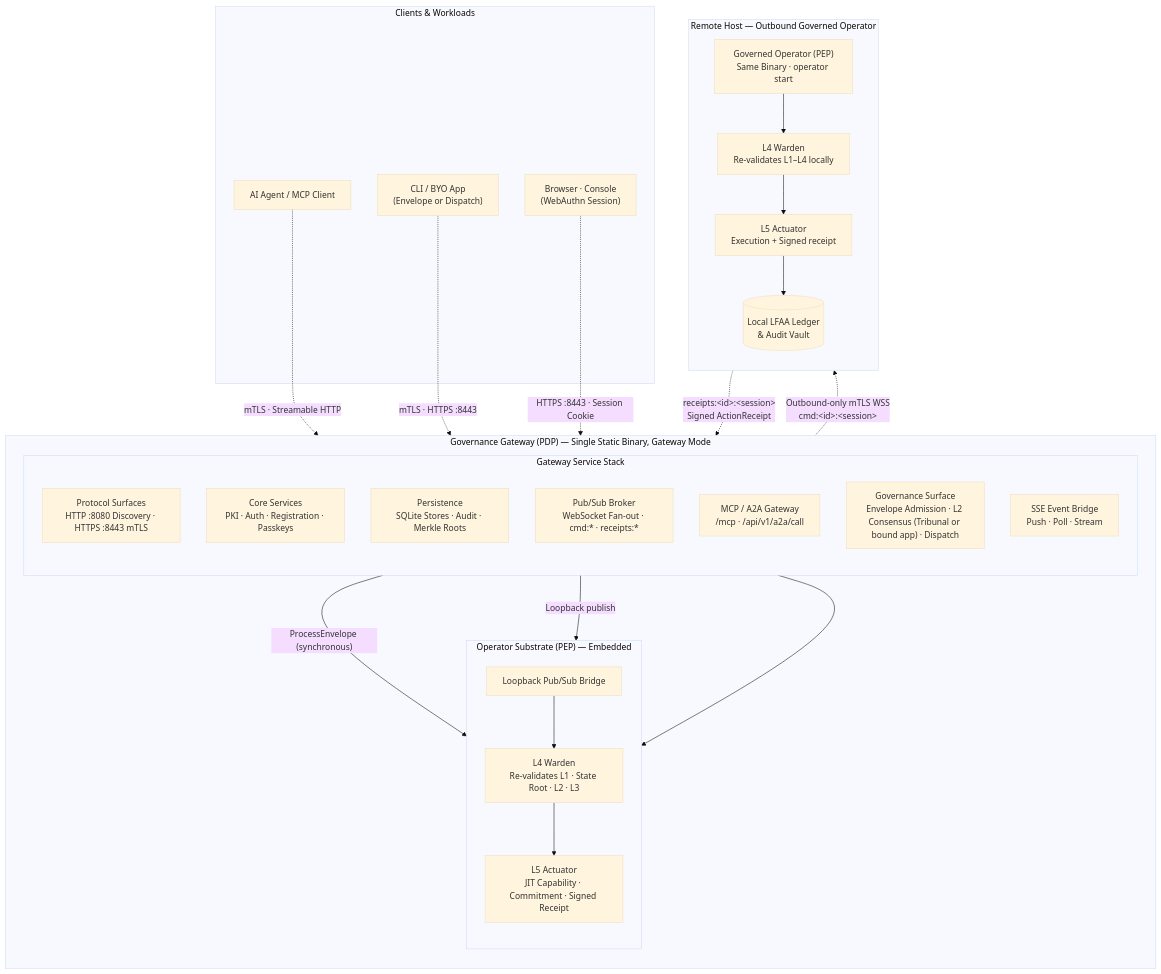
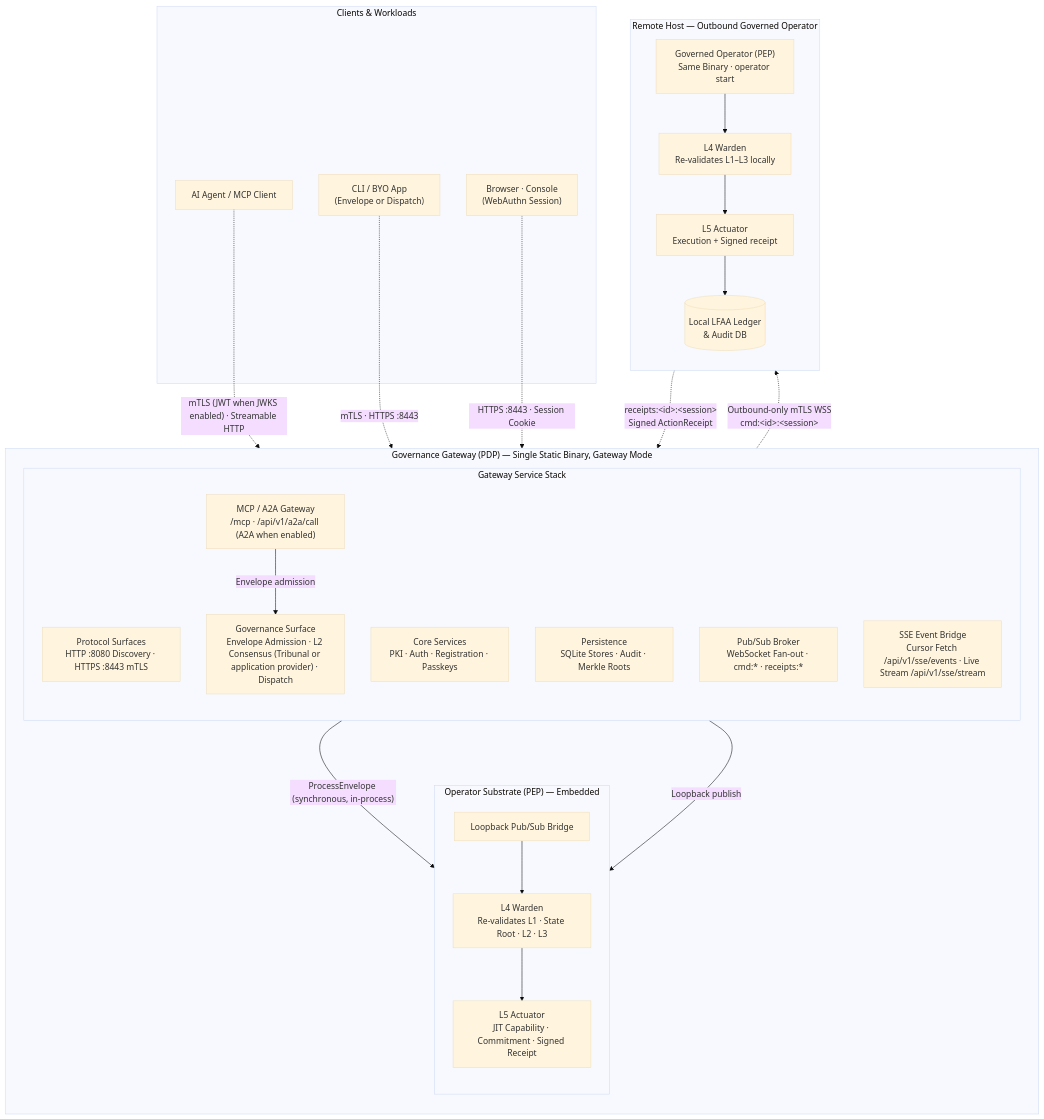
Before and after one commit to zerotrustdata/ztd: the diagram in docs/diagrams/graph-system-50k.md, drawn with Mermaid (base theme). The commit also changed other lines of this file and 641 other files, not shown here.

First line of the commit message:
v1.3.0-2 : Tribunal Consensus and Governed Execution (#76)

````diff
--- a/docs/diagrams/graph-system-50k.md
+++ b/docs/diagrams/graph-system-50k.md
@@ -30,51 +30,51 @@
 ```mermaid
 graph TD
     subgraph GatewayProcess ["Governance Gateway (PDP) — Single Static Binary, Gateway Mode"]
         direction TB
 
         subgraph GWStack ["Gateway Service Stack"]
             direction TB
             Surfaces["Protocol Surfaces<br/>HTTP :8080 Discovery · HTTPS :8443 mTLS"]
             Services["Core Services<br/>PKI · Auth · Registration · Passkeys"]
             Persistence["Persistence<br/>SQLite Stores · Audit · Merkle Roots"]
             Broker["Pub/Sub Broker<br/>WebSocket Fan-out · cmd:* · receipts:*"]
-            MCP["MCP / A2A Gateway<br/>/mcp · /api/v1/a2a/call"]
-            Gov["Governance Surface<br/>Envelope Admission · L2 Consensus (Tribunal or bound app) · Dispatch"]
-            SSE["SSE Event Bridge<br/>Push · Poll · Stream"]
+            MCP["MCP / A2A Gateway<br/>/mcp · /api/v1/a2a/call (A2A when enabled)"]
+            Gov["Governance Surface<br/>Envelope Admission · L2 Consensus (Tribunal or application provider) · Dispatch"]
+            SSE["SSE Event Bridge<br/>Cursor Fetch /api/v1/sse/events · Live Stream /api/v1/sse/stream"]
         end
 
         subgraph OpSubstrate ["Operator Substrate (PEP) — Embedded"]
             direction TB
             Loopback["Loopback Pub/Sub Bridge"]
             L4["L4 Warden<br/>Re-validates L1 · State Root · L2 · L3"]
             L5["L5 Actuator<br/>JIT Capability · Commitment · Signed Receipt"]
             Loopback --> L4 --> L5
         end
 
-        Gov -- "ProcessEnvelope (synchronous)" --> Loopback
+        Gov -- "ProcessEnvelope (synchronous, in-process)" --> L4
         Broker -- "Loopback publish" --> Loopback
-        MCP --> Loopback
+        MCP -- "Envelope admission" --> Gov
     end
 
     subgraph RemoteHost ["Remote Host — Outbound Governed Operator"]
         direction TB
         RemoteOp["Governed Operator (PEP)<br/>Same Binary · operator start"]
-        RemoteL4["L4 Warden<br/>Re-validates L1–L4 locally"]
+        RemoteL4["L4 Warden<br/>Re-validates L1–L3 locally"]
         RemoteL5["L5 Actuator<br/>Execution + Signed receipt"]
-        RemoteLedger[("Local LFAA Ledger<br/>& Audit Vault")]
+        RemoteLedger[("Local LFAA Ledger<br/>& Audit DB")]
         RemoteOp --> RemoteL4 --> RemoteL5 --> RemoteLedger
     end
 
     subgraph Clients ["Clients & Workloads"]
         Agent["AI Agent / MCP Client"]
         BYO["CLI / BYO App<br/>(Envelope or Dispatch)"]
         Browser["Browser · Console<br/>(WebAuthn Session)"]
     end
 
-    Agent -. "mTLS · Streamable HTTP" .-> Surfaces
+    Agent -. "mTLS (JWT when JWKS enabled) · Streamable HTTP" .-> Surfaces
     BYO -. "mTLS · HTTPS :8443" .-> Gov
     Browser -. "HTTPS :8443 · Session Cookie" .-> Surfaces
 
     Broker -. "Outbound-only mTLS WSS<br/>cmd:&lt;id&gt;:&lt;session&gt;" .-> RemoteOp
     RemoteOp -. "receipts:&lt;id&gt;:&lt;session&gt;<br/>Signed ActionReceipt" .-> Broker
 ```
````
